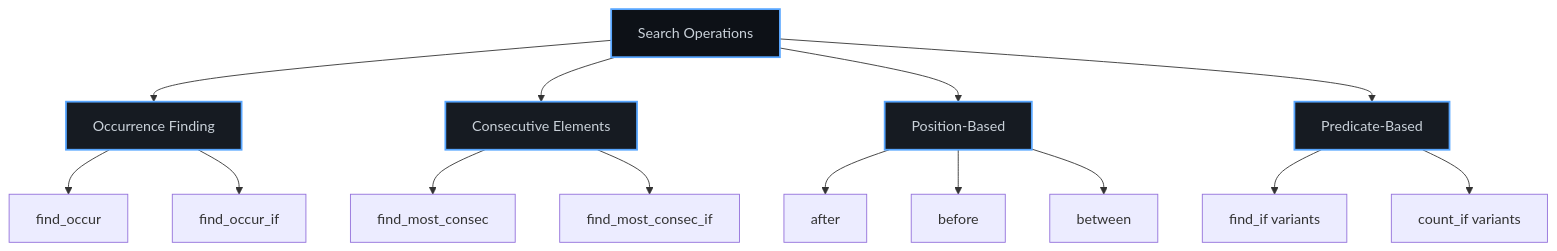
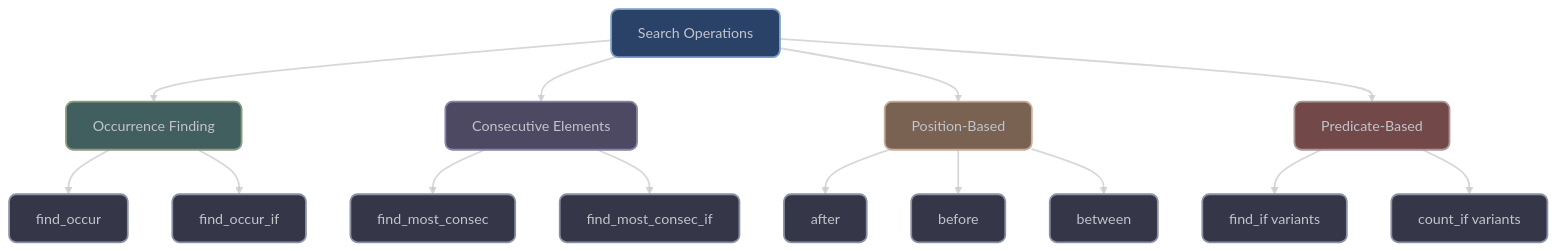
One commit to vorlac/xieite changed the third of 3 diagrams in docs/src/categories/data/README.md. Above: the diagram before and after it, drawn with Mermaid. The commit also changed other lines of this file and 44 other files, not shown here.

````diff
--- a/docs/src/categories/data/README.md
+++ b/docs/src/categories/data/README.md
@@ -223,28 +344,77 @@
 ```mermaid
-graph TD
+---
+config:
+    theme: 'base'
+    curve: 'straight'
+    themeVariables:
+        darkMode: true
+        clusterBkg: '#22272f62'
+        clusterBorder: '#6a6f77ff'
+        clusterTextColor: '#6a6f77ff'
+        lineColor: '#C1C4CAAA'
+        background: '#262B33'
+        primaryColor: '#2b4268ff'
+        primaryTextColor: '#C1C4CAff'
+        primaryBorderColor: '#6a6f77ff'
+        primaryLabelBkg: '#262B33'
+        secondaryColor: '#425f5fff'
+        secondaryBorderColor: '#8c9c81ff'
+        secondaryTextColor: '#C1C4CAff'
+        tertiaryColor: '#4d4962ff'
+        tertiaryBorderColor: '#8983a5ff'
+        tertiaryTextColor: '#eeeeee55'
+        nodeTextColor: '#C1C4CA'
+        defaultLinkColor: '#C1C4CA'
+        edgeLabelBackground: '#262B33'
+        edgeLabelBorderColor: '#C1C4CAff'
+        labelTextColor: '#ffffff'
+        errorBkgColor: '#724848ff'
+        errorTextColor: '#C1C4CA'
+        flowchart:
+            curve: 'basis'
+            nodeSpacing: 50
+            rankSpacing: 50
+            subGraphTitleMargin:
+                top: 15
+                bottom: 15
+                left: 15
+                right: 15
+---
+flowchart TB
     Search[Search Operations]
 
     Search --> Occur[Occurrence Finding]
     Search --> Consec[Consecutive Elements]
     Search --> Pos[Position-Based]
     Search --> Pred[Predicate-Based]
 
     Occur --> find_occur[find_occur]
     Occur --> find_nth[find_occur_if]
 
     Consec --> find_most[find_most_consec]
     Consec --> find_consec_if[find_most_consec_if]
 
     Pos --> after[after]
     Pos --> before[before]
     Pos --> between[between]
 
     Pred --> find_if[find_if variants]
     Pred --> count_if[count_if variants]
 
-    style Search fill:#0d1117,stroke:#58a6ff,stroke-width:2px,color:#c9d1d9
-    style Occur fill:#161b22,stroke:#58a6ff,stroke-width:2px,color:#c9d1d9
-    style Consec fill:#161b22,stroke:#58a6ff,stroke-width:2px,color:#c9d1d9
-    style Pos fill:#161b22,stroke:#58a6ff,stroke-width:2px,color:#c9d1d9
-    style Pred fill:#161b22,stroke:#58a6ff,stroke-width:2px,color:#c9d1d9
+    linkStyle default stroke:#C1C4CAaa,stroke-width:2px,color:#C1C4CAaa
+
+    style Search fill:#2b4268ff,stroke:#779DC9ff,stroke-width:2px,color:#C1C4CA,rx:8,ry:8
+    style Occur fill:#425f5fff,stroke:#8c9c81ff,stroke-width:2px,color:#C1C4CA,rx:8,ry:8
+    style Consec fill:#4d4962ff,stroke:#8983a5ff,stroke-width:2px,color:#C1C4CA,rx:8,ry:8
+    style Pos fill:#7a6253ff,stroke:#c7ac9bff,stroke-width:2px,color:#C1C4CA,rx:8,ry:8
+    style Pred fill:#724848ff,stroke:#ac9696ff,stroke-width:2px,color:#C1C4CA,rx:8,ry:8
+    style find_occur fill: #353748ff,stroke:#8c90a4ff,stroke-width:2px,color:#C1C4CA,rx:8,ry:8
+    style find_nth fill: #353748ff,stroke:#8c90a4ff,stroke-width:2px,color:#C1C4CA,rx:8,ry:8
+    style find_most fill: #353748ff,stroke:#8c90a4ff,stroke-width:2px,color:#C1C4CA,rx:8,ry:8
+    style find_consec_if fill: #353748ff,stroke:#8c90a4ff,stroke-width:2px,color:#C1C4CA,rx:8,ry:8
+    style after fill: #353748ff,stroke:#8c90a4ff,stroke-width:2px,color:#C1C4CA,rx:8,ry:8
+    style before fill: #353748ff,stroke:#8c90a4ff,stroke-width:2px,color:#C1C4CA,rx:8,ry:8
+    style between fill: #353748ff,stroke:#8c90a4ff,stroke-width:2px,color:#C1C4CA,rx:8,ry:8
+    style find_if fill: #353748ff,stroke:#8c90a4ff,stroke-width:2px,color:#C1C4CA,rx:8,ry:8
+    style count_if fill: #353748ff,stroke:#8c90a4ff,stroke-width:2px,color:#C1C4CA,rx:8,ry:8
 ```
````
